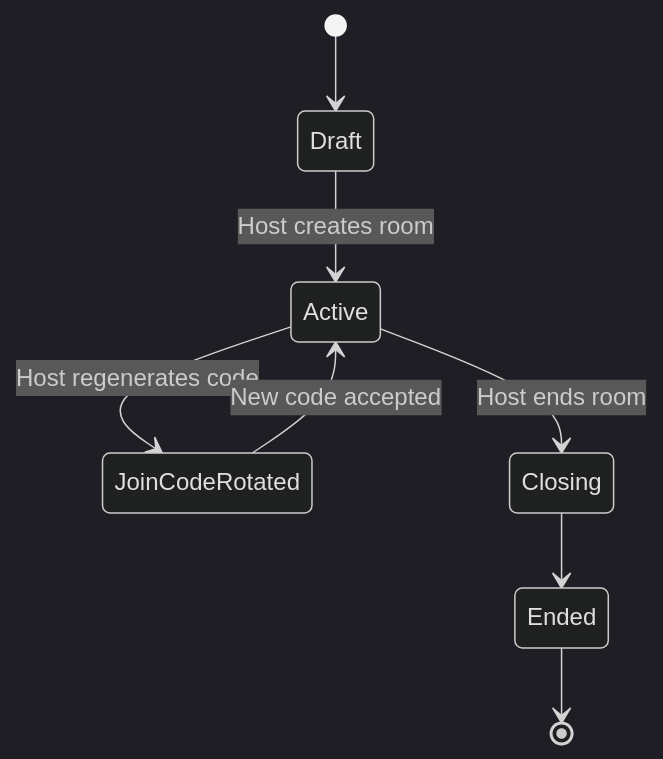
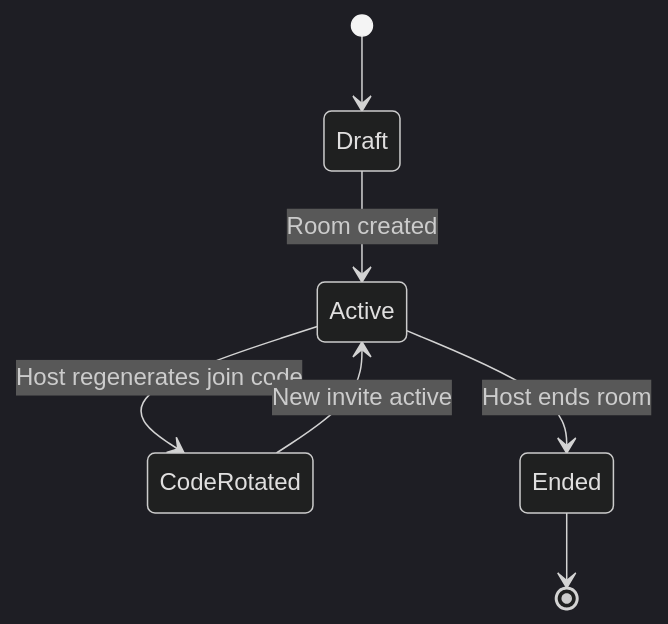
The second of 8 diagrams in docs/ARCHITECTURE.md (zongobase-Web/ZongoLink-V1), drawn with Mermaid (dark theme) before and after one commit. The commit also changed other lines of this file, not shown here.

````diff
--- a/docs/ARCHITECTURE.md
+++ b/docs/ARCHITECTURE.md
@@ -165,10 +88,9 @@
 ```mermaid
 stateDiagram-v2
     [*] --> Draft
-    Draft --> Active: Host creates room
-    Active --> JoinCodeRotated: Host regenerates code
-    JoinCodeRotated --> Active: New code accepted
-    Active --> Closing: Host ends room
-    Closing --> Ended
+    Draft --> Active: Room created
+    Active --> CodeRotated: Host regenerates join code
+    CodeRotated --> Active: New invite active
+    Active --> Ended: Host ends room
     Ended --> [*]
 ```
````
